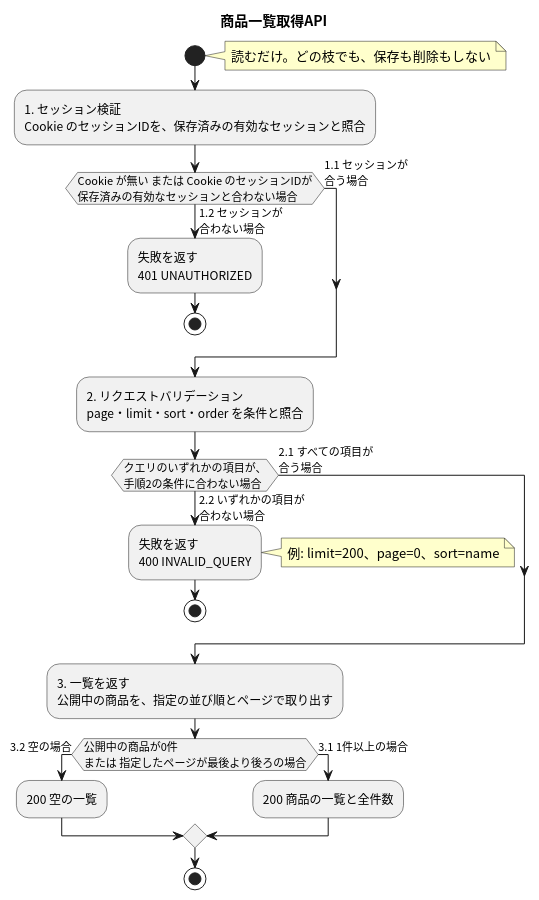
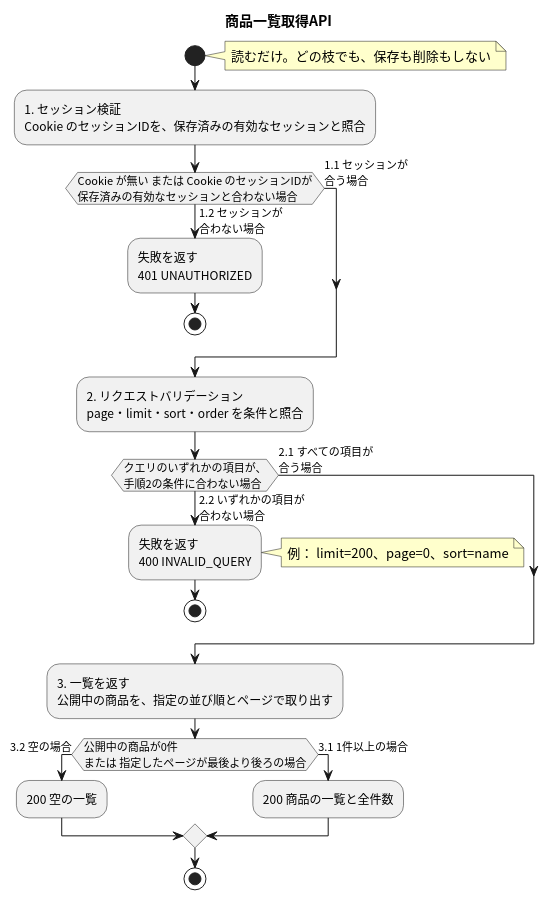
The diagram in apis/list-products/flow.puml (masamasamasato/design-doc-template), drawn with PlantUML before and after one commit. The commit also changed 41 other files, not shown here.

```diff
--- a/apis/list-products/flow.puml
+++ b/apis/list-products/flow.puml
@@ -3,31 +3,31 @@
 @startuml
 skinparam shadowing false
 skinparam defaultFontName "Noto Sans CJK JP"
 skinparam ActivityFontName "Noto Sans CJK JP"
 skinparam NoteBackgroundColor #FFFFCC
 
 title 商品一覧取得API
 
 start
 note right: 読むだけ。どの枝でも、保存も削除もしない
 :1. セッション検証\nCookie のセッションIDを、保存済みの有効なセッションと照合;
 if (Cookie が無い または Cookie のセッションIDが\n保存済みの有効なセッションと合わない場合) then (1.2 セッションが\n合わない場合)
   :失敗を返す\n401 UNAUTHORIZED;
   stop
 else (1.1 セッションが\n合う場合)
 endif
 :2. リクエストバリデーション\npage・limit・sort・order を条件と照合;
 if (クエリのいずれかの項目が、\n手順2の条件に合わない場合) then (2.2 いずれかの項目が\n合わない場合)
   :失敗を返す\n400 INVALID_QUERY;
-  note right: 例: limit=200、page=0、sort=name
+  note right: 例： limit=200、page=0、sort=name
   stop
 else (2.1 すべての項目が\n合う場合)
 endif
 :3. 一覧を返す\n公開中の商品を、指定の並び順とページで取り出す;
 if (公開中の商品が0件\nまたは 指定したページが最後より後ろの場合) then (3.2 空の場合)
   :200 空の一覧;
 else (3.1 1件以上の場合)
   :200 商品の一覧と全件数;
 endif
 stop
 @enduml
```
